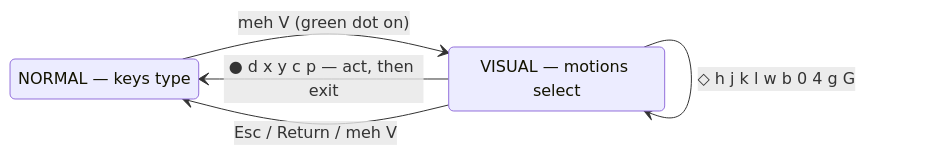
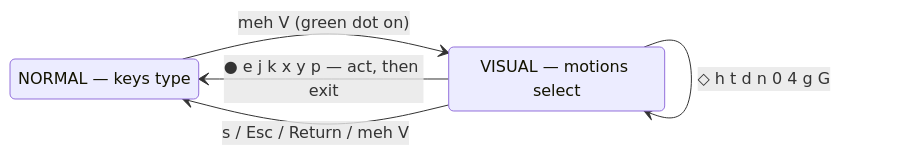
One commit to tharshikan/Adv360-Pro-ZMK changed the diagram in README.md. Above: the diagram before and after it, drawn with Mermaid. The commit also changed other lines of this file, not shown here.

First line of the commit message:
docs: redraw visual mode for the ideavimrc-mirrored scheme

````diff
--- a/README.md
+++ b/README.md
@@ -44,10 +44,10 @@
 ```mermaid
 stateDiagram-v2
     direction LR
     NORMAL: NORMAL — keys type
     VISUAL: VISUAL — motions select
     NORMAL --> VISUAL: meh V (green dot on)
-    VISUAL --> VISUAL: ◇ h j k l w b 0 4 g G
-    VISUAL --> NORMAL: ● d x y c p — act, then exit
-    VISUAL --> NORMAL: Esc / Return / meh V
+    VISUAL --> VISUAL: ◇ h t d n 0 4 g G
+    VISUAL --> NORMAL: ● e j k x y p — act, then exit
+    VISUAL --> NORMAL: s / Esc / Return / meh V
 ```
````
